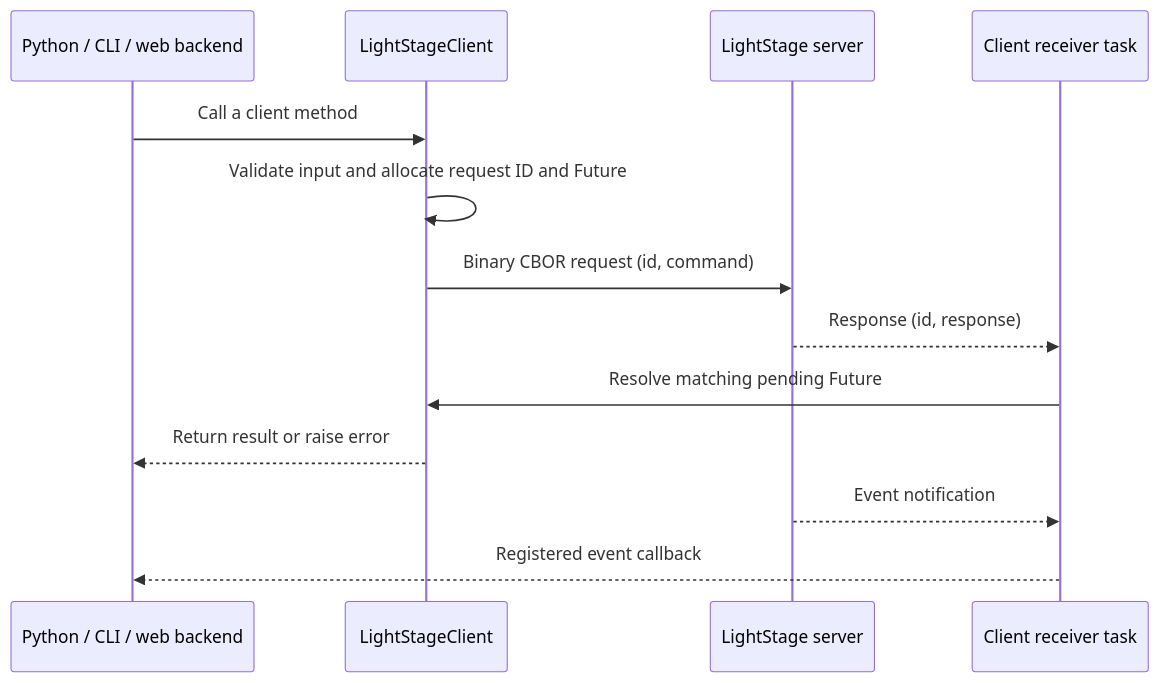
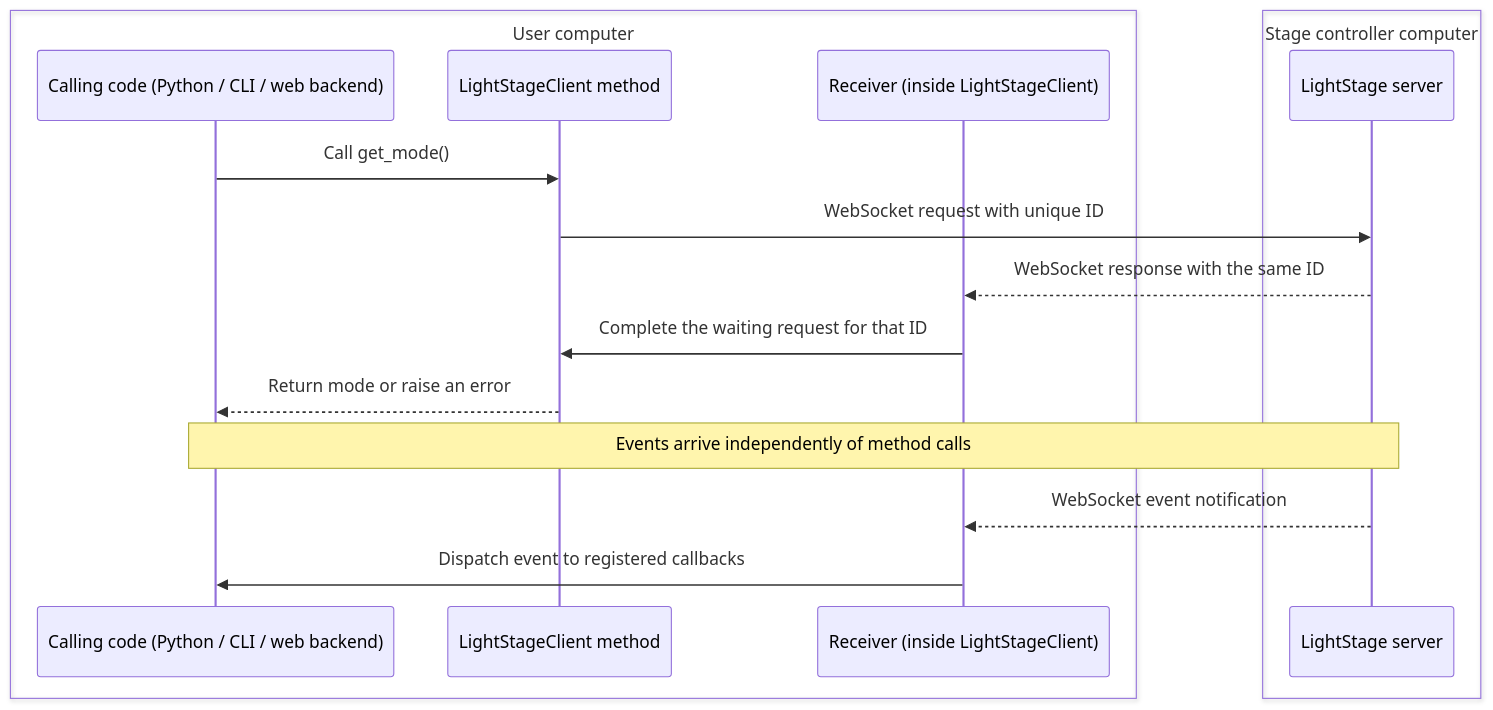
The second of 2 diagrams in README.md (ImperialCollegeLondon/pylightstage), drawn with Mermaid before and after one commit. The commit also changed other lines of this file, not shown here.

Commit message:
docs: overhaul control flow diagram

````diff
--- a/README.md
+++ b/README.md
@@ -109,15 +120,19 @@
 ```mermaid
 sequenceDiagram
-    participant Caller as Python / CLI / web backend
-    participant Client as LightStageClient
-    participant Server as LightStage server
-    participant Receiver as Client receiver task
-    Caller->>Client: Call a client method
-    Client->>Client: Validate input and allocate request ID and Future
-    Client->>Server: Binary CBOR request (id, command)
-    Server-->>Receiver: Response (id, response)
-    Receiver->>Client: Resolve matching pending Future
-    Client-->>Caller: Return result or raise error
-    Server-->>Receiver: Event notification
-    Receiver-->>Caller: Registered event callback
+    box User computer
+        participant App as Calling code (Python / CLI / web backend)
+        participant Client as LightStageClient method
+        participant Receiver as Receiver (inside LightStageClient)
+    end
+    box Stage controller computer
+        participant Server as LightStage server
+    end
+    App->>Client: Call get_mode()
+    Client->>Server: WebSocket request with unique ID
+    Server-->>Receiver: WebSocket response with the same ID
+    Receiver->>Client: Complete the waiting request for that ID
+    Client-->>App: Return mode or raise an error
+    Note over App,Server: Events arrive independently of method calls
+    Server-->>Receiver: WebSocket event notification
+    Receiver->>App: Dispatch event to registered callbacks
 ```
````
